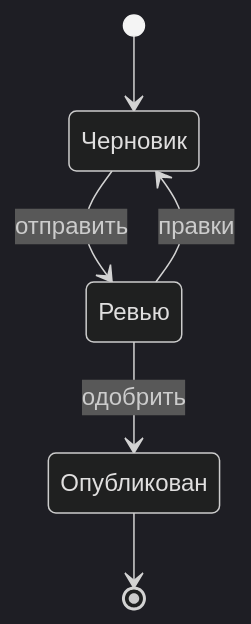
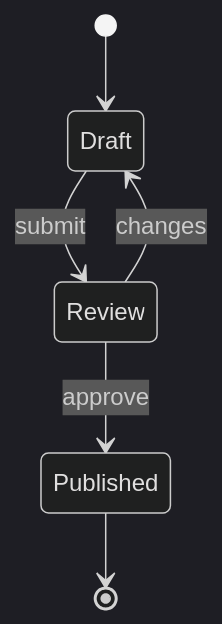
Before and after one commit to Kseen715/md2pdfX: the fourth of 8 diagrams in examples/mermaid.md, drawn with Mermaid (dark theme). The commit also changed other lines of this file and 25 other files, not shown here.

````diff
--- a/examples/mermaid.md
+++ b/examples/mermaid.md
@@ -47,8 +47,8 @@
 ```mermaid
 stateDiagram-v2
-    [*] --> Черновик
-    Черновик --> Ревью: отправить
-    Ревью --> Черновик: правки
-    Ревью --> Опубликован: одобрить
-    Опубликован --> [*]
+    [*] --> Draft
+    Draft --> Review: submit
+    Review --> Draft: changes
+    Review --> Published: approve
+    Published --> [*]
 ```
````
